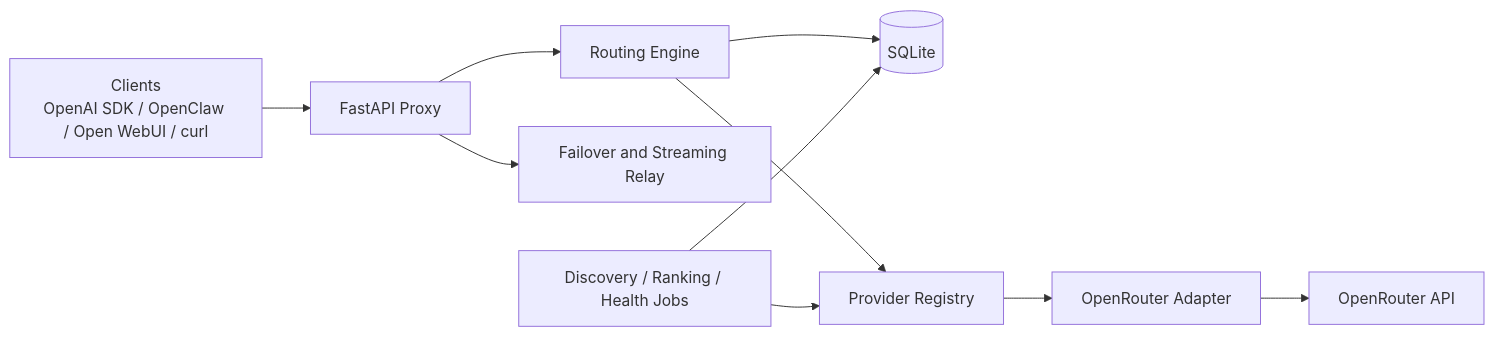
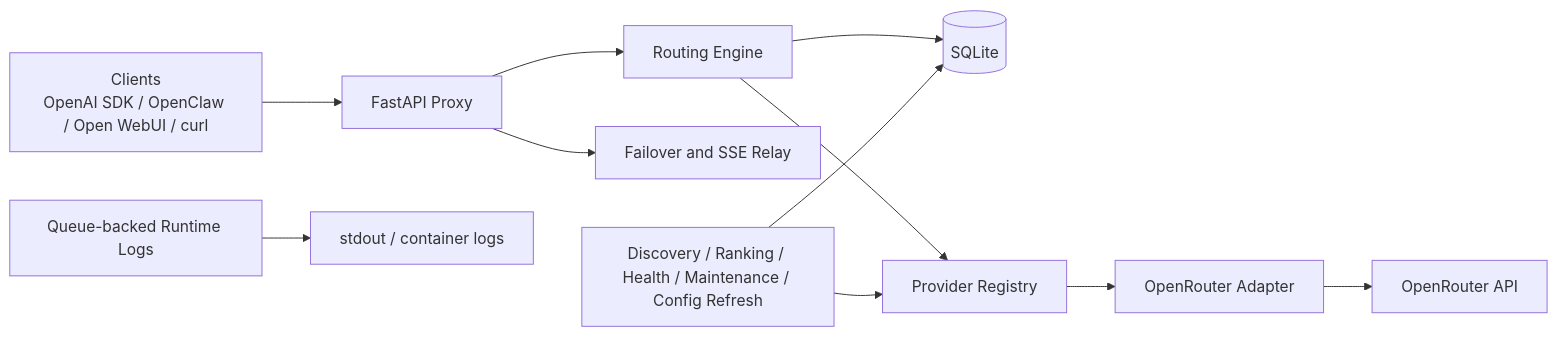
One commit to jetymas/FreeLunch changed the diagram in README.md. Above: the diagram before and after it, drawn with Mermaid. The commit also changed other lines of this file and 42 other files, not shown here.

````diff
--- a/README.md
+++ b/README.md
@@ -53,12 +77,13 @@
 ```mermaid
 flowchart LR
     Clients["Clients<br/>OpenAI SDK / OpenClaw / Open WebUI / curl"] --> Proxy["FastAPI Proxy"]
     Proxy --> Routing["Routing Engine"]
     Routing --> DB[("SQLite")]
     Routing --> Registry["Provider Registry"]
     Registry --> OpenRouter["OpenRouter Adapter"]
-    Proxy --> Relay["Failover and Streaming Relay"]
+    Proxy --> Relay["Failover and SSE Relay"]
     OpenRouter --> API["OpenRouter API"]
-    Jobs["Discovery / Ranking / Health Jobs"] --> DB
+    Jobs["Discovery / Ranking / Health / Maintenance / Config Refresh"] --> DB
     Jobs --> Registry
+    RuntimeLogs["Queue-backed Runtime Logs"] --> Ops["stdout / container logs"]
 ```
````
